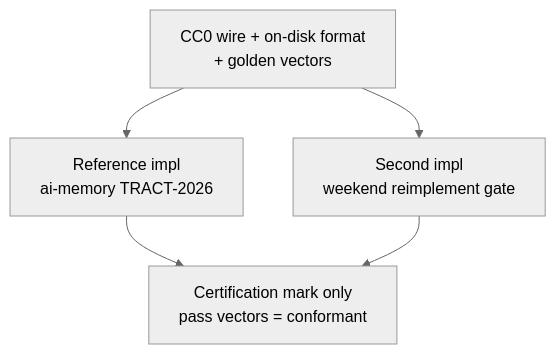
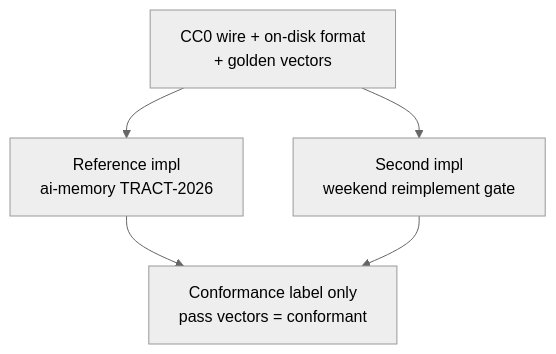
One commit to alphaonedev/ai-memory-mcp changed the ninth of 11 diagrams in docs/v1.0.0/perfect-endpoint-assessment/waves/w7-a4-perfect-architecture.md. Above: the diagram before and after it, drawn with Mermaid (neutral theme). The commit also changed 2 other files, not shown here.

Commit message:
docs: replace certification-mark language with conformance label in design and assessment documents
Second pass of the notice removal (PR #3763): three sentences described a
foundation-owned certification mark, a mark-type claim; they now describe a
conformance label. Found by the residual adversarial audit.

Claude-Session: https://claude.ai/code/session_01PyYCWh7JTrV2K6D5CgnHhi

````diff
--- a/docs/v1.0.0/perfect-endpoint-assessment/waves/w7-a4-perfect-architecture.md
+++ b/docs/v1.0.0/perfect-endpoint-assessment/waves/w7-a4-perfect-architecture.md
@@ -456,12 +456,12 @@
 ```mermaid
 flowchart TB
   SPEC["CC0 wire + on-disk format<br/>+ golden vectors"]
   IMPL1["Reference impl<br/>ai-memory TRACT-2026"]
   IMPL2["Second impl<br/>weekend reimplement gate"]
-  CERT["Certification mark only<br/>pass vectors = conformant"]
+  CERT["Conformance label only<br/>pass vectors = conformant"]
 
   SPEC --> IMPL1
   SPEC --> IMPL2
   IMPL1 --> CERT
   IMPL2 --> CERT
 ```
````
